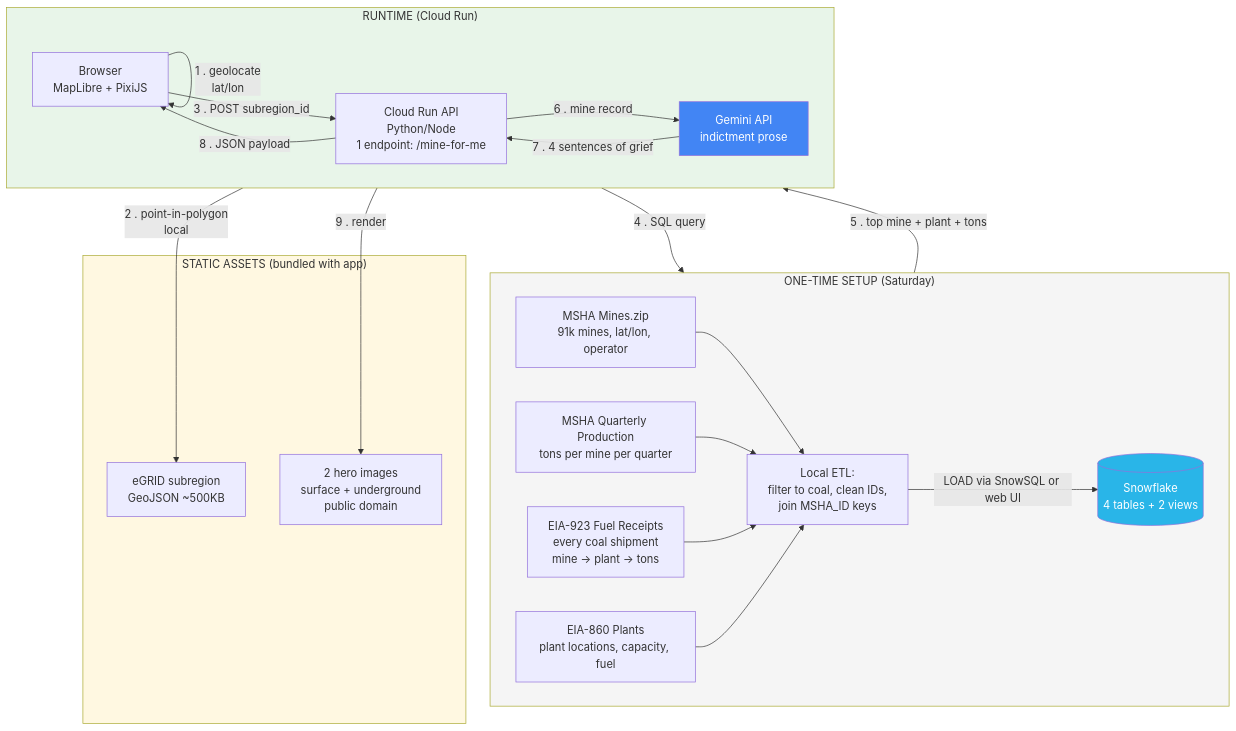
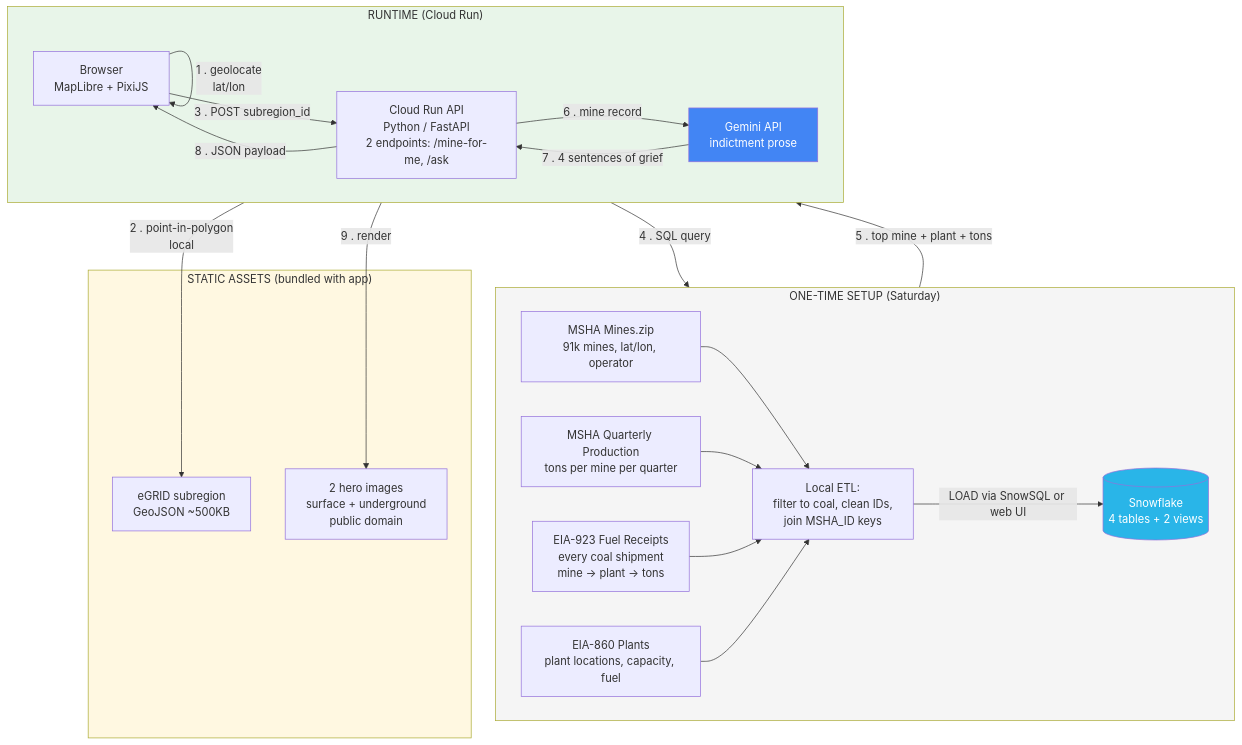
The diagram in system-diagram.md (anchildress1/unearthed), drawn with Mermaid before and after one commit. The commit also changed 5 other files, not shown here.

````diff
--- a/system-diagram.md
+++ b/system-diagram.md
@@ -1,46 +1,46 @@
 ```mermaid
 flowchart TB
     subgraph STAGE["ONE-TIME SETUP (Saturday)"]
         direction LR
         MSHA1[MSHA Mines.zip<br/>91k mines, lat/lon, operator]
         MSHA2[MSHA Quarterly Production<br/>tons per mine per quarter]
         EIA1[EIA-923 Fuel Receipts<br/>every coal shipment<br/>mine → plant → tons]
         EIA2[EIA-860 Plants<br/>plant locations, capacity, fuel]
         PREP[Local ETL:<br/>filter to coal, clean IDs,<br/>join MSHA_ID keys]
         SNOW[(Snowflake<br/>4 tables + 2 views)]
 
         MSHA1 --> PREP
         MSHA2 --> PREP
         EIA1 --> PREP
         EIA2 --> PREP
         PREP -->|LOAD via SnowSQL or web UI| SNOW
     end
 
     subgraph STATIC["STATIC ASSETS (bundled with app)"]
         GEO[eGRID subregion<br/>GeoJSON ~500KB]
         IMG[2 hero images<br/>surface + underground<br/>public domain]
     end
 
     subgraph APP["RUNTIME (Cloud Run)"]
         direction LR
         BROWSER[Browser<br/>MapLibre + PixiJS]
-        API[Cloud Run API<br/>Python/Node<br/>1 endpoint: /mine-for-me]
+        API[Cloud Run API<br/>Python / FastAPI<br/>2 endpoints: /mine-for-me, /ask]
         GEMINI[Gemini API<br/>indictment prose]
     end
 
     BROWSER -->|1 . geolocate<br/>lat/lon| BROWSER
     BROWSER -->|2 . point-in-polygon<br/>local| GEO
     BROWSER -->|3 . POST subregion_id| API
     API -->|4 . SQL query| SNOW
     SNOW -->|5 . top mine + plant + tons| API
     API -->|6 . mine record| GEMINI
     GEMINI -->|7 . 4 sentences of grief| API
     API -->|8 . JSON payload| BROWSER
     BROWSER -->|9 . render| IMG
 
     style SNOW fill:#29b5e8,color:#fff
     style GEMINI fill:#4285f4,color:#fff
     style STAGE fill:#f5f5f5
     style STATIC fill:#fff8e1
     style APP fill:#e8f5e9
 ```
````
